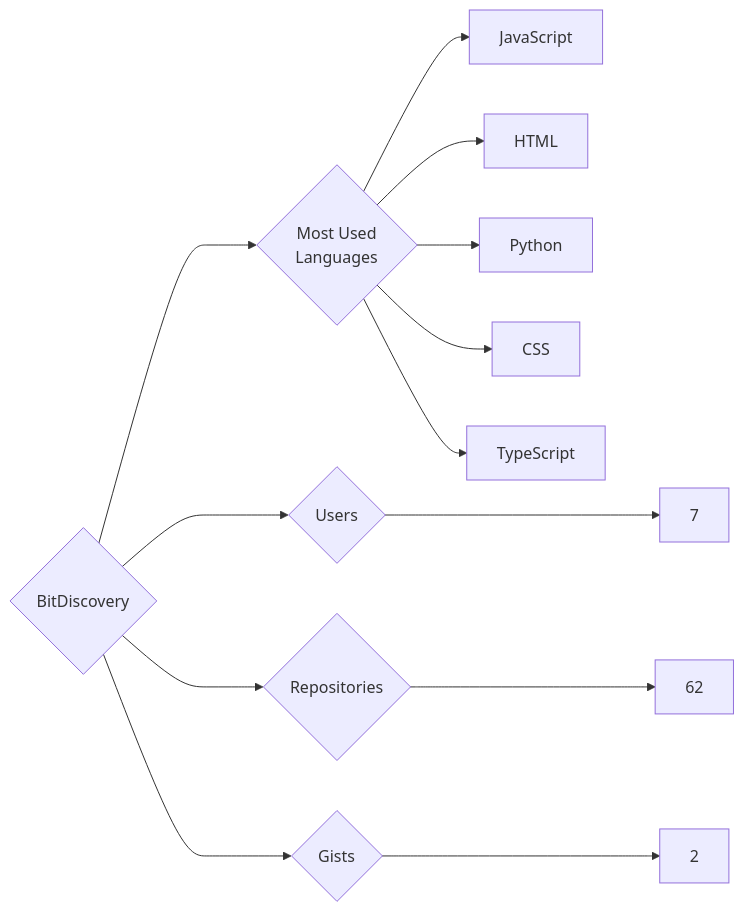
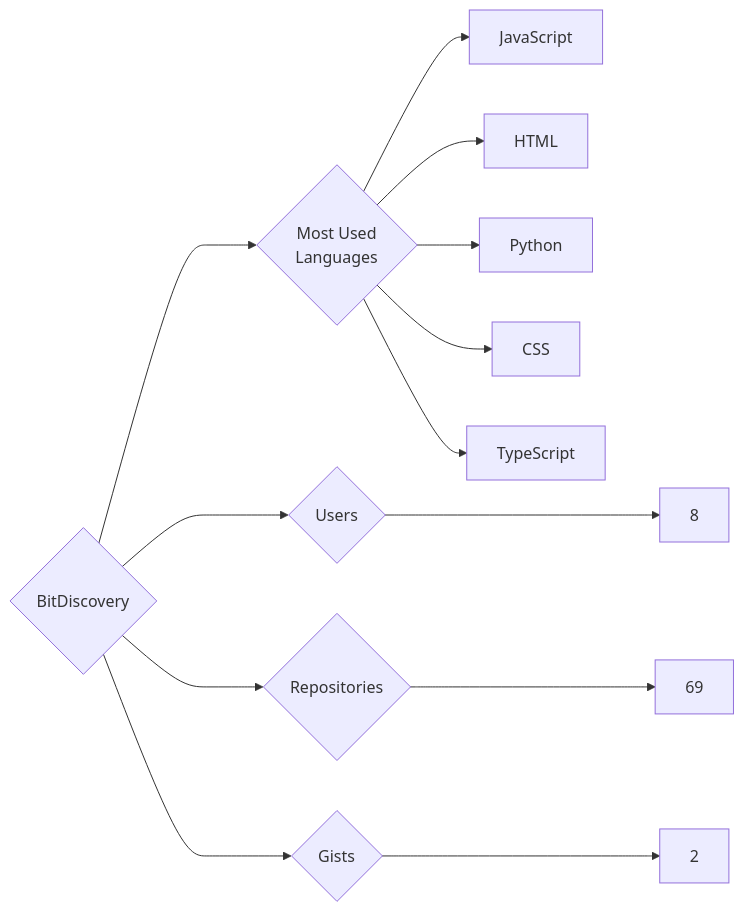
One commit to trickest/insiders changed the diagram in targets/BitDiscovery/README.md. Above: the diagram before and after it, drawn with Mermaid. The commit also changed 1167 other files, not shown here.

````diff
--- a/targets/BitDiscovery/README.md
+++ b/targets/BitDiscovery/README.md
@@ -3,13 +3,13 @@
 ```mermaid
 graph LR
 COMPANY_NAME{BitDiscovery}
-COMPANY_NAME ---> U{Users} ---> UN[7]
-COMPANY_NAME ---> R{Repositories} ---> RN[62]
+COMPANY_NAME ---> U{Users} ---> UN[8]
+COMPANY_NAME ---> R{Repositories} ---> RN[69]
 COMPANY_NAME ---> G{Gists} ---> GN[2]
 COMPANY_NAME ---> ML{Most Used<br>Languages}
 ML --> JavaScript[JavaScript]
 ML --> HTML[HTML]
 ML --> Python[Python]
 ML --> CSS[CSS]
 ML --> TypeScript[TypeScript]
 ```
````
